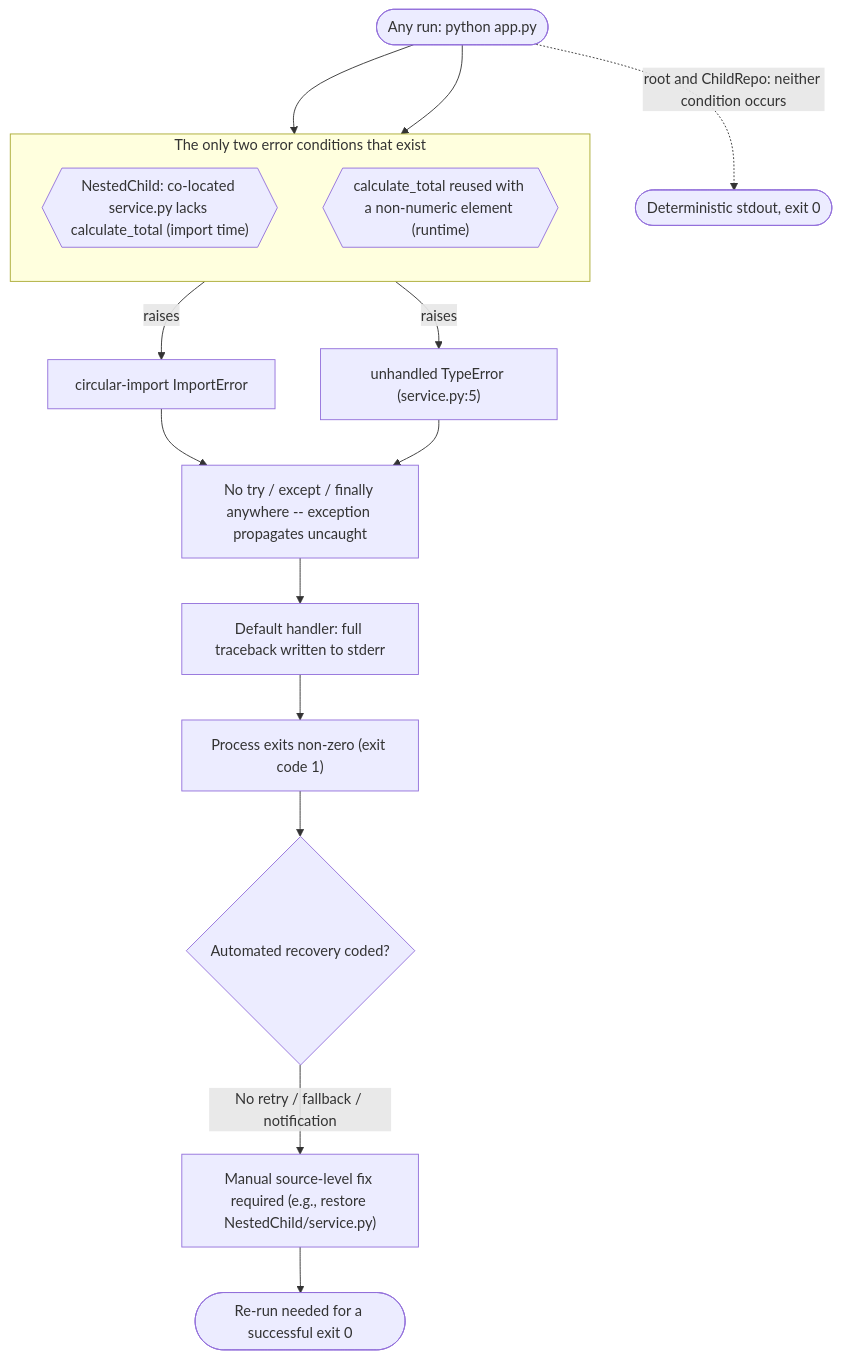
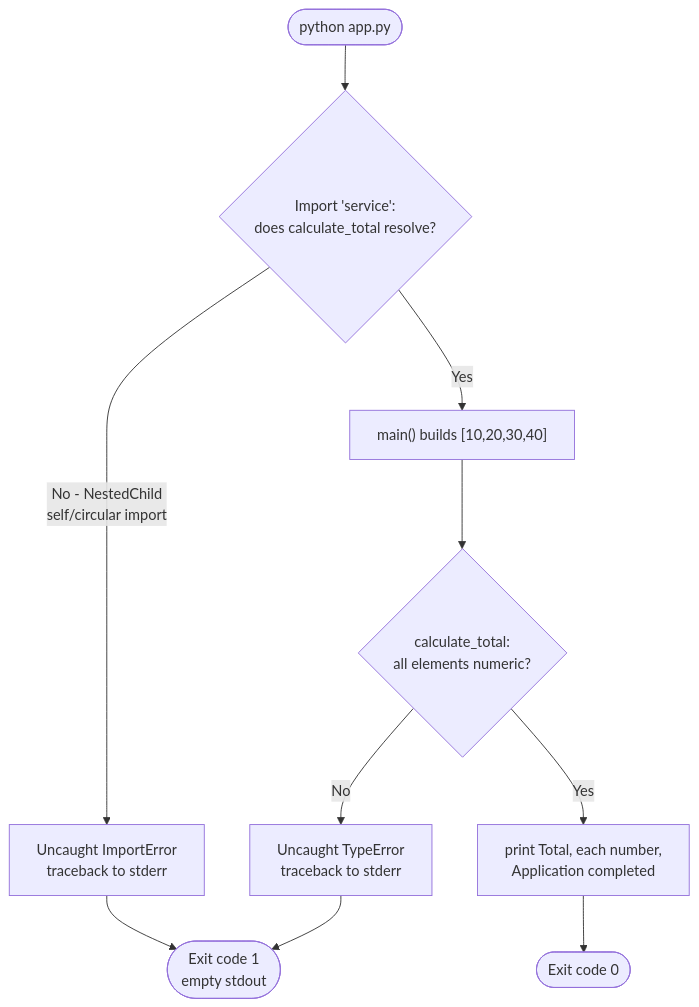
One commit to lakshya-blitzy/600K_ParentRepo changed diagram 19 of 43 in blitzy/documentation/Technical Specifications.md. Above: the diagram before and after it, drawn with Mermaid. The commit also changed other lines of this file, not shown here.

````diff
--- a/blitzy/documentation/Technical Specifications.md
+++ b/blitzy/documentation/Technical Specifications.md
@@ -1554,21 +1605,12 @@
 ```mermaid
 flowchart TD
-    Start(["Any run: python app.py"])
-    subgraph Sources["The only two error conditions that exist"]
-        direction TB
-        E1{{"NestedChild: co-located service.py lacks calculate_total (import time)"}}
-        E2{{"calculate_total reused with a non-numeric element (runtime)"}}
-    end
-    Start --> E1
-    Start --> E2
-    E1 -->|"raises"| Imp["circular-import ImportError"]
-    E2 -->|"raises"| Typ["unhandled TypeError (service.py:5)"]
-    Imp --> Prop["No try / except / finally anywhere -- exception propagates uncaught"]
-    Typ --> Prop
-    Prop --> Trace["Default handler: full traceback written to stderr"]
-    Trace --> ExitN["Process exits non-zero (exit code 1)"]
-    ExitN --> Recov{"Automated recovery coded?"}
-    Recov -->|"No retry / fallback / notification"| Manual["Manual source-level fix required (e.g., restore NestedChild/service.py)"]
-    Manual --> Rerun(["Re-run needed for a successful exit 0"])
-    Start -.->|"root and ChildRepo: neither condition occurs"| Happy(["Deterministic stdout, exit 0"])
+    Start(["python app.py"]) --> Imp{"Import 'service':<br/>does calculate_total resolve?"}
+    Imp -->|"No - NestedChild<br/>self/circular import"| Err["Uncaught ImportError<br/>traceback to stderr"]
+    Err --> Exit1(["Exit code 1<br/>empty stdout"])
+    Imp -->|Yes| Run["main() builds [10,20,30,40]"]
+    Run --> Sum{"calculate_total:<br/>all elements numeric?"}
+    Sum -->|No| TErr["Uncaught TypeError<br/>traceback to stderr"]
+    TErr --> Exit1
+    Sum -->|Yes| Print["print Total, each number,<br/>Application completed"]
+    Print --> Exit0(["Exit code 0"])
 ```
````
